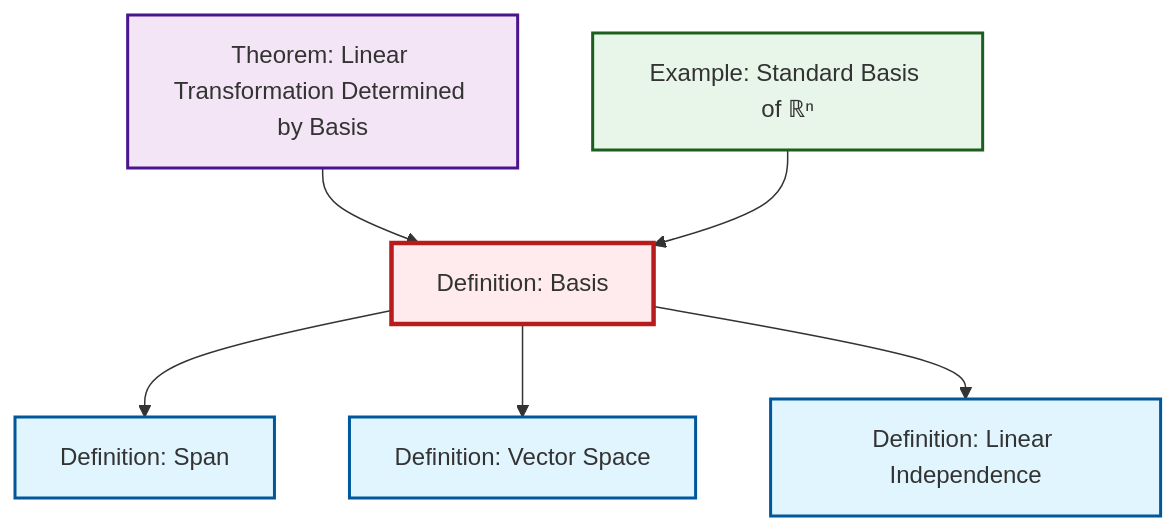
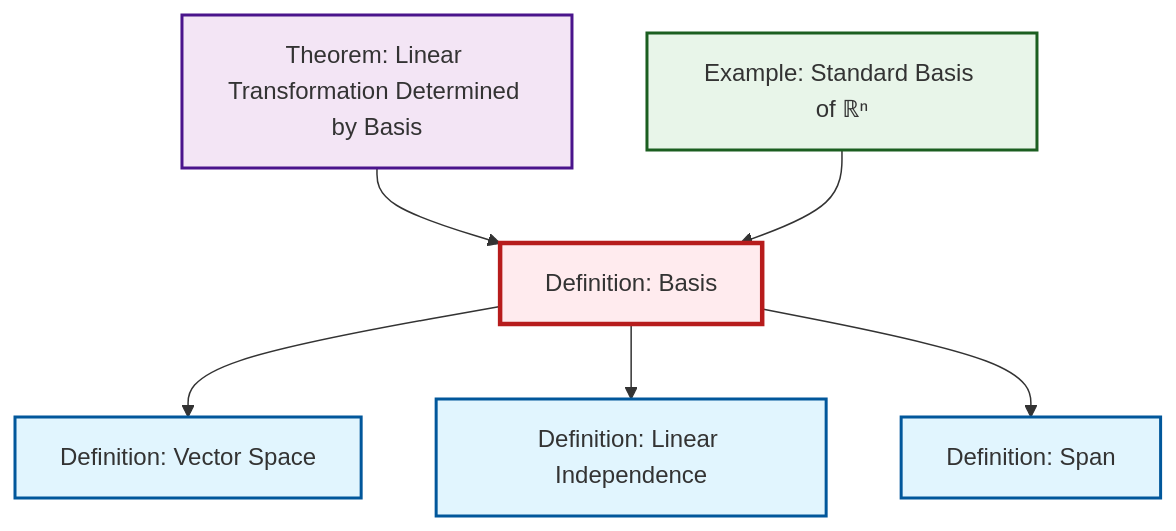
One commit to RK0429/ModernMath changed the diagram in content/ja/algebra/def-basis.qmd. Above: the diagram before and after it, drawn with Mermaid. The commit also changed 511 other files, not shown here.

````diff
--- a/content/ja/algebra/def-basis.qmd
+++ b/content/ja/algebra/def-basis.qmd
@@ -56,27 +56,21 @@
 ```{mermaid}
 %%| fig-cap: "Local dependency graph"
 graph TD
     classDef definition fill:#e1f5fe,stroke:#01579b,stroke-width:2px
     classDef theorem fill:#f3e5f5,stroke:#4a148c,stroke-width:2px
     classDef axiom fill:#fff3e0,stroke:#e65100,stroke-width:2px
     classDef example fill:#e8f5e9,stroke:#1b5e20,stroke-width:2px
     classDef current fill:#ffebee,stroke:#b71c1c,stroke-width:3px
+    def-span["Definition: Span"]:::definition
     def-basis["Definition: Basis"]:::definition
-    def-span["Definition: Span"]:::definition
+    thm-linear-transformation-basis["Theorem: Linear Transformation Determined by Basis"]:::theorem
     ex-standard-basis-rn["Example: Standard Basis of ℝⁿ"]:::example
-    thm-linear-transformation-basis["Theorem: Linear Transformation Determined by Basis"]:::theorem
+    def-linear-independence["Definition: Linear Independence"]:::definition
     def-vector-space["Definition: Vector Space"]:::definition
-    def-linear-independence["Definition: Linear Independence"]:::definition
+    def-basis --> def-vector-space
+    thm-linear-transformation-basis --> def-basis
+    def-basis --> def-linear-independence
     def-basis --> def-span
-    thm-linear-transformation-basis --> def-basis
     ex-standard-basis-rn --> def-basis
-    def-basis --> def-vector-space
-    def-basis --> def-linear-independence
     class def-basis current
-
-    click def-span "def-span.html" "Definition: Spanへ"
-    click ex-standard-basis-rn "ex-standard-basis-rn.html" "Example: Standard Basis of ℝⁿへ"
-    click thm-linear-transformation-basis "thm-linear-transformation-basis.html" "Theorem: Linear Transformation Determined by Basisへ"
-    click def-vector-space "def-vector-space.html" "Definition: Vector Spaceへ"
-    click def-linear-independence "def-linear-independence.html" "Definition: Linear Independenceへ"
 ```
````
